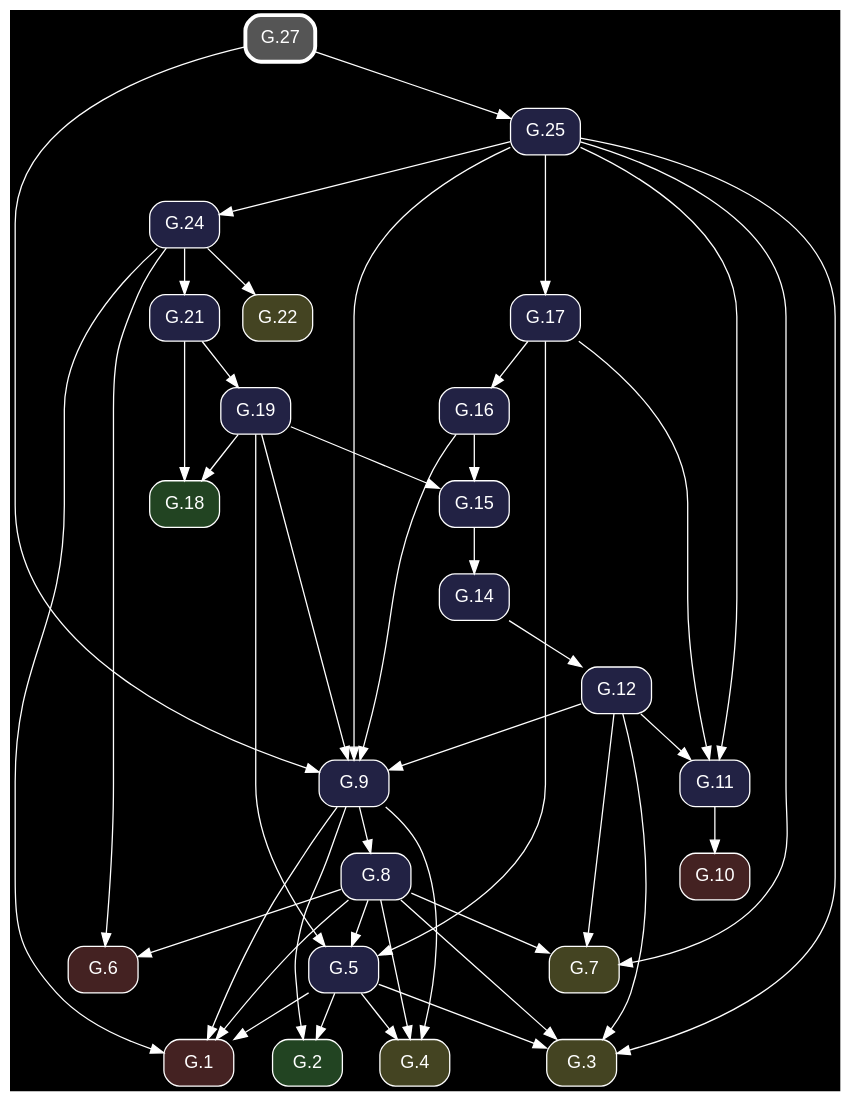
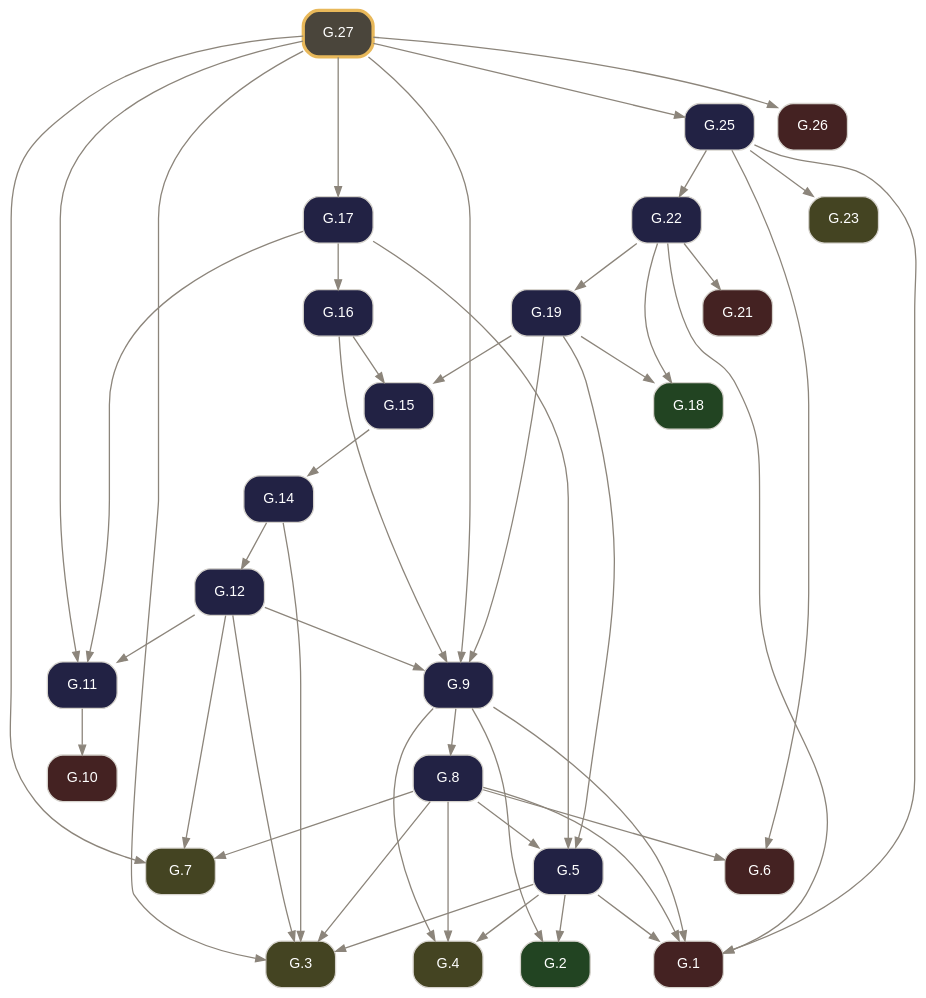
Before and after one commit to geometor/elements: the diagram in docsrc/elements2/G.27/index.rst, drawn with Graphviz. The commit also changed other lines of this file and 261 other files, not shown here.

Commit message:
feat: rebuild Elements 2.0 G-Index pipeline from composed Euclid Heath edition (v0.3.0)

```diff
--- a/docsrc/elements2/G.27/index.rst
+++ b/docsrc/elements2/G.27/index.rst
@@ -50,75 +91,78 @@
 .. graphviz::
 
    digraph {
-     bgcolor="black";
-     node [shape=box, style="rounded,filled", fontname="Helvetica", color="white", fontcolor="white"];
-     edge [color="white", fontcolor="white"];
+     bgcolor="transparent";
+     node [shape=box, style="rounded,filled", fontname="Helvetica", fontsize=11, color="#d6d3cd", fontcolor="#ffffff"];
+     edge [color="#8c857b", fontcolor="#8c857b", arrowsize=0.75];
      rankdir="TB";
-     "G.27" [label="G.27", penwidth=3, color="white", fillcolor="#555555", URL="/elements2/G.27/", target="_top"];
-     "G.6" [label="G.6", fillcolor="#442222", URL="/elements2/G.6/", target="_top"];
-     "G.19" [label="G.19", fillcolor="#222244", URL="/elements2/G.19/", target="_top"];
-     "G.24" [label="G.24", fillcolor="#222244", URL="/elements2/G.24/", target="_top"];
-     "G.21" [label="G.21", fillcolor="#222244", URL="/elements2/G.21/", target="_top"];
-     "G.10" [label="G.10", fillcolor="#442222", URL="/elements2/G.10/", target="_top"];
-     "G.7" [label="G.7", fillcolor="#444422", URL="/elements2/G.7/", target="_top"];
-     "G.17" [label="G.17", fillcolor="#222244", URL="/elements2/G.17/", target="_top"];
-     "G.3" [label="G.3", fillcolor="#444422", URL="/elements2/G.3/", target="_top"];
-     "G.15" [label="G.15", fillcolor="#222244", URL="/elements2/G.15/", target="_top"];
-     "G.5" [label="G.5", fillcolor="#222244", URL="/elements2/G.5/", target="_top"];
-     "G.1" [label="G.1", fillcolor="#442222", URL="/elements2/G.1/", target="_top"];
-     "G.2" [label="G.2", fillcolor="#224422", URL="/elements2/G.2/", target="_top"];
-     "G.12" [label="G.12", fillcolor="#222244", URL="/elements2/G.12/", target="_top"];
-     "G.22" [label="G.22", fillcolor="#444422", URL="/elements2/G.22/", target="_top"];
-     "G.14" [label="G.14", fillcolor="#222244", URL="/elements2/G.14/", target="_top"];
-     "G.8" [label="G.8", fillcolor="#222244", URL="/elements2/G.8/", target="_top"];
-     "G.9" [label="G.9", fillcolor="#222244", URL="/elements2/G.9/", target="_top"];
-     "G.25" [label="G.25", fillcolor="#222244", URL="/elements2/G.25/", target="_top"];
-     "G.18" [label="G.18", fillcolor="#224422", URL="/elements2/G.18/", target="_top"];
-     "G.11" [label="G.11", fillcolor="#222244", URL="/elements2/G.11/", target="_top"];
-     "G.4" [label="G.4", fillcolor="#444422", URL="/elements2/G.4/", target="_top"];
-     "G.16" [label="G.16", fillcolor="#222244", URL="/elements2/G.16/", target="_top"];
-     "G.24" -> "G.6";
-     "G.8" -> "G.6";
-     "G.21" -> "G.19";
-     "G.25" -> "G.24";
-     "G.24" -> "G.21";
-     "G.11" -> "G.10";
-     "G.25" -> "G.7";
-     "G.8" -> "G.7";
-     "G.12" -> "G.7";
-     "G.25" -> "G.17";
+     "G.1" [label="G.1", tooltip="G.1 (I.cn.1)", fillcolor="#442222", URL="../G.1/index.html", target="_top"];
+     "G.2" [label="G.2", tooltip="G.2 (I.def.15)", fillcolor="#224422", URL="../G.2/index.html", target="_top"];
+     "G.3" [label="G.3", tooltip="G.3 (I.post.1)", fillcolor="#444422", URL="../G.3/index.html", target="_top"];
+     "G.4" [label="G.4", tooltip="G.4 (I.post.3)", fillcolor="#444422", URL="../G.4/index.html", target="_top"];
+     "G.5" [label="G.5", tooltip="G.5 (I.1)", fillcolor="#222244", URL="../G.5/index.html", target="_top"];
+     "G.6" [label="G.6", tooltip="G.6 (I.cn.3)", fillcolor="#442222", URL="../G.6/index.html", target="_top"];
+     "G.7" [label="G.7", tooltip="G.7 (I.post.2)", fillcolor="#444422", URL="../G.7/index.html", target="_top"];
+     "G.8" [label="G.8", tooltip="G.8 (I.2)", fillcolor="#222244", URL="../G.8/index.html", target="_top"];
+     "G.9" [label="G.9", tooltip="G.9 (I.3)", fillcolor="#222244", URL="../G.9/index.html", target="_top"];
+     "G.10" [label="G.10", tooltip="G.10 (I.cn.4)", fillcolor="#442222", URL="../G.10/index.html", target="_top"];
+     "G.11" [label="G.11", tooltip="G.11 (I.4)", fillcolor="#222244", URL="../G.11/index.html", target="_top"];
+     "G.12" [label="G.12", tooltip="G.12 (I.5)", fillcolor="#222244", URL="../G.12/index.html", target="_top"];
+     "G.14" [label="G.14", tooltip="G.14 (I.7)", fillcolor="#222244", URL="../G.14/index.html", target="_top"];
+     "G.15" [label="G.15", tooltip="G.15 (I.8)", fillcolor="#222244", URL="../G.15/index.html", target="_top"];
+     "G.16" [label="G.16", tooltip="G.16 (I.9)", fillcolor="#222244", URL="../G.16/index.html", target="_top"];
+     "G.17" [label="G.17", tooltip="G.17 (I.10)", fillcolor="#222244", URL="../G.17/index.html", target="_top"];
+     "G.18" [label="G.18", tooltip="G.18 (I.def.10)", fillcolor="#224422", URL="../G.18/index.html", target="_top"];
+     "G.19" [label="G.19", tooltip="G.19 (I.11)", fillcolor="#222244", URL="../G.19/index.html", target="_top"];
+     "G.21" [label="G.21", tooltip="G.21 (I.cn.2)", fillcolor="#442222", URL="../G.21/index.html", target="_top"];
+     "G.22" [label="G.22", tooltip="G.22 (I.13)", fillcolor="#222244", URL="../G.22/index.html", target="_top"];
+     "G.23" [label="G.23", tooltip="G.23 (I.post.4)", fillcolor="#444422", URL="../G.23/index.html", target="_top"];
+     "G.25" [label="G.25", tooltip="G.25 (I.15)", fillcolor="#222244", URL="../G.25/index.html", target="_top"];
+     "G.26" [label="G.26", tooltip="G.26 (I.cn.5)", fillcolor="#442222", URL="../G.26/index.html", target="_top"];
+     "G.27" [label="G.27", tooltip="G.27 (I.16)", penwidth=2.5, color="#e8b85a", fillcolor="#4a453b", URL="index.html", target="_top"];
+     "G.5" -> "G.1";
+     "G.8" -> "G.1";
+     "G.9" -> "G.1";
+     "G.22" -> "G.1";
+     "G.25" -> "G.1";
+     "G.5" -> "G.2";
+     "G.9" -> "G.2";
      "G.5" -> "G.3";
-     "G.25" -> "G.3";
      "G.8" -> "G.3";
      "G.12" -> "G.3";
-     "G.19" -> "G.15";
-     "G.16" -> "G.15";
-     "G.19" -> "G.5";
-     "G.8" -> "G.5";
-     "G.17" -> "G.5";
-     "G.5" -> "G.1";
-     "G.24" -> "G.1";
-     "G.8" -> "G.1";
-     "G.9" -> "G.1";
-     "G.5" -> "G.2";
-     "G.9" -> "G.2";
-     "G.14" -> "G.12";
-     "G.24" -> "G.22";
-     "G.15" -> "G.14";
-     "G.9" -> "G.8";
-     "G.19" -> "G.9";
-     "G.25" -> "G.9";
-     "G.16" -> "G.9";
-     "G.27" -> "G.9";
-     "G.12" -> "G.9";
-     "G.27" -> "G.25";
-     "G.19" -> "G.18";
-     "G.21" -> "G.18";
-     "G.25" -> "G.11";
-     "G.17" -> "G.11";
-     "G.12" -> "G.11";
+     "G.14" -> "G.3";
+     "G.27" -> "G.3";
      "G.5" -> "G.4";
      "G.8" -> "G.4";
      "G.9" -> "G.4";
+     "G.8" -> "G.5";
+     "G.17" -> "G.5";
+     "G.19" -> "G.5";
+     "G.8" -> "G.6";
+     "G.25" -> "G.6";
+     "G.8" -> "G.7";
+     "G.12" -> "G.7";
+     "G.27" -> "G.7";
+     "G.9" -> "G.8";
+     "G.12" -> "G.9";
+     "G.16" -> "G.9";
+     "G.19" -> "G.9";
+     "G.27" -> "G.9";
+     "G.11" -> "G.10";
+     "G.12" -> "G.11";
+     "G.17" -> "G.11";
+     "G.27" -> "G.11";
+     "G.14" -> "G.12";
+     "G.15" -> "G.14";
+     "G.16" -> "G.15";
+     "G.19" -> "G.15";
      "G.17" -> "G.16";
+     "G.27" -> "G.17";
+     "G.19" -> "G.18";
+     "G.22" -> "G.18";
+     "G.22" -> "G.19";
+     "G.22" -> "G.21";
+     "G.25" -> "G.22";
+     "G.25" -> "G.23";
+     "G.27" -> "G.25";
+     "G.27" -> "G.26";
    }
```
